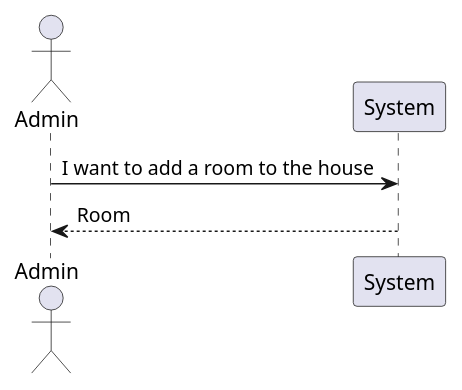
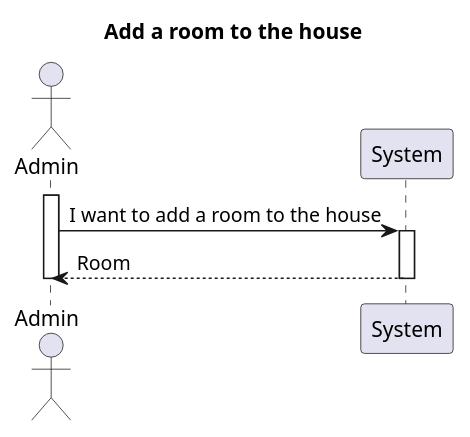
Before and after one commit to olivDiogo/SmartHome: the diagram in docs/useCases/uc02_toAddRoom/artifacts/uc02_SSD.puml, drawn with PlantUML. The commit also changed 23 other files, not shown here.

```diff
--- a/docs/useCases/uc02_toAddRoom/artifacts/uc02_SSD.puml
+++ b/docs/useCases/uc02_toAddRoom/artifacts/uc02_SSD.puml
@@ -1,11 +1,17 @@
 @startuml
 'https://plantuml.com/sequence-diagram
 
 actor Admin
 participant System
 
+title Add a room to the house
+
+activate Admin
 Admin -> System: I want to add a room to the house
+activate System
 System --> Admin: Room
+deactivate System
+deactivate Admin
 
 
 @enduml
```
